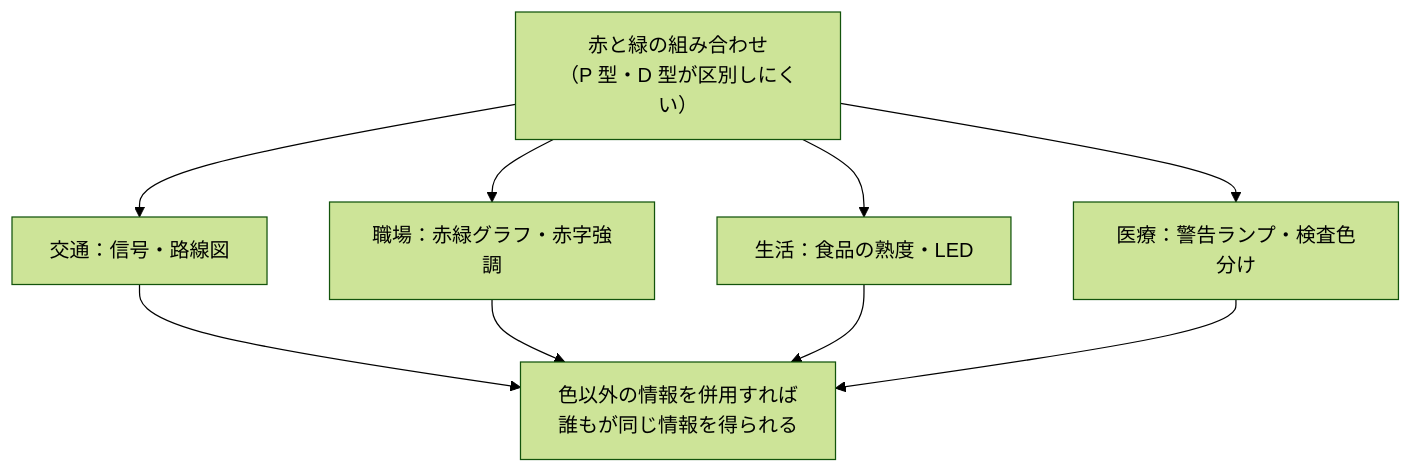
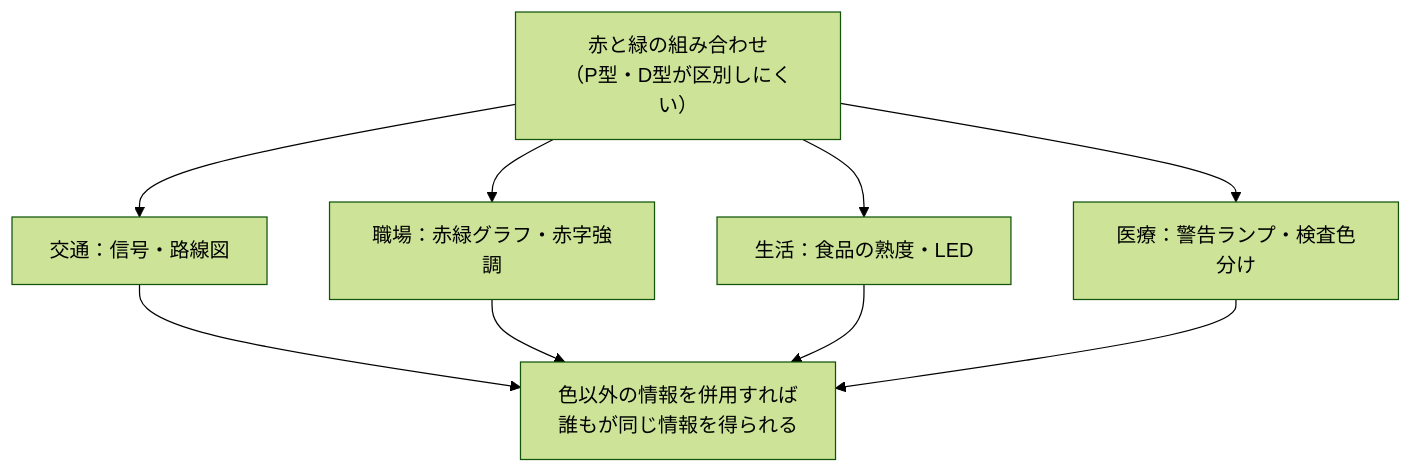
One commit to ozaki25/color-coordination-training-ozaki25 changed the second of 3 diagrams in docs/lessons/lesson20/index.md. Above: the diagram before and after it, drawn with Mermaid (forest theme). The commit also changed other lines of this file and 27 other files, not shown here.

````diff
--- a/docs/lessons/lesson20/index.md
+++ b/docs/lessons/lesson20/index.md
@@ -73,11 +73,11 @@
 ```mermaid
 graph TD
-    A["赤と緑の組み合わせ\n（P 型・D 型が区別しにくい）"] --> B["交通：信号・路線図"]
+    A["赤と緑の組み合わせ\n（P型・D型が区別しにくい）"] --> B["交通：信号・路線図"]
     A --> C["職場：赤緑グラフ・赤字強調"]
     A --> D["生活：食品の熟度・LED"]
     A --> E["医療：警告ランプ・検査色分け"]
     B --> F["色以外の情報を併用すれば\n誰もが同じ情報を得られる"]
     C --> F
     D --> F
     E --> F
 ```
````
